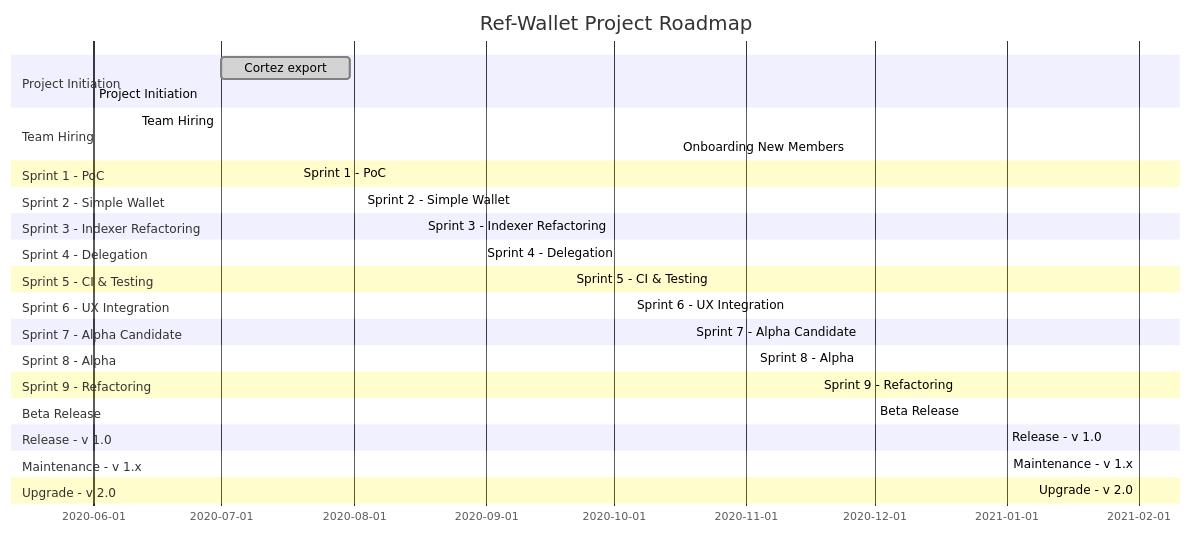
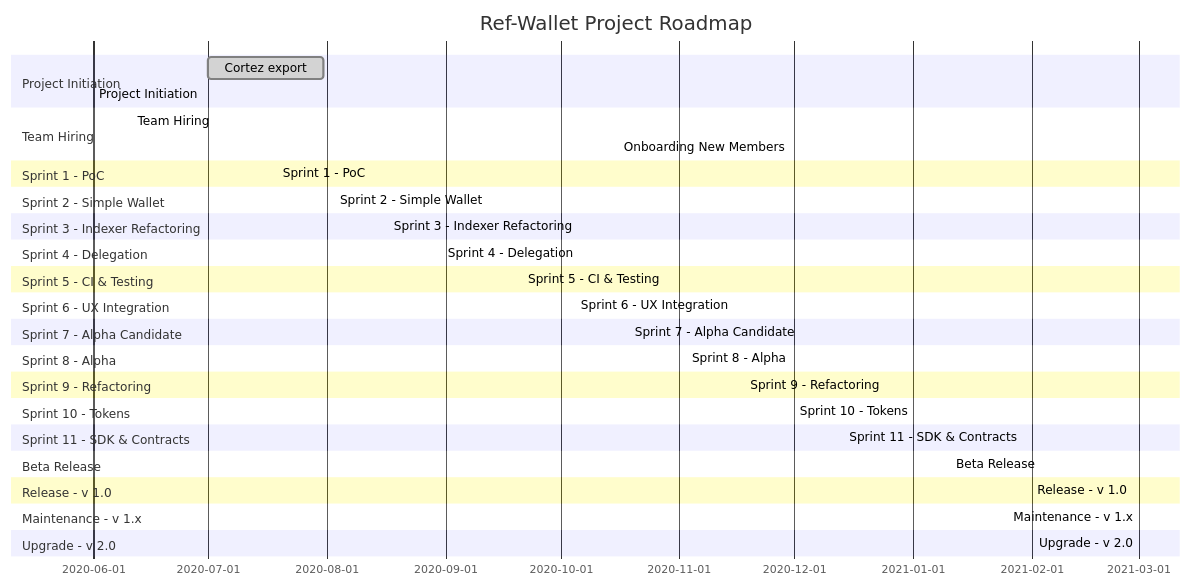
The diagram in docs/operative/project_plan.md (trilitech/umami-v1), drawn with Mermaid before and after one commit. The commit also changed other lines of this file, not shown here.

````diff
--- a/docs/operative/project_plan.md
+++ b/docs/operative/project_plan.md
@@ -35,36 +35,40 @@
 ```mermaid
 gantt
     title Ref-Wallet Project Roadmap
     section Project Initiation
     Cortez export                                     :done  , 2020-07-01 , 30d
     Project Initiation                                :done  , 2020-06-01, 2020-07-13
     section Team Hiring
     Team Hiring                                       :done  , 2020-06-11, 2020-09-01
     Onboarding New Members                            :done  , 2020-10-16, 2020-11-01
     section Sprint 1 - PoC
     Sprint 1 - PoC                                    :done  , 2020-07-19, 2020-07-31
     section Sprint 2 - Simple Wallet
     Sprint 2 - Simple Wallet                          :done  , 2020-08-03, 2020-08-14
     section Sprint 3 - Indexer Refactoring
     Sprint 3 - Indexer Refactoring                    :done  , 2020-08-17, 2020-08-28
     section Sprint 4 - Delegation
     Sprint 4 - Delegation                             :done  , 2020-08-31, 2020-09-18
     section Sprint 5 - CI & Testing
     Sprint 5 - CI & Testing                           :done  , 2020-09-21, 2020-10-02
     section Sprint 6 - UX Integration
     Sprint 6 - UX Integration                         :done  , 2020-10-05, 2020-10-16
     section Sprint 7 - Alpha Candidate
     Sprint 7 - Alpha Candidate                        :done  , 2020-10-19, 2020-10-30
     section Sprint 8 - Alpha
     Sprint 8 - Alpha                                  :done, 2020-11-03, 2020-11-15
     section Sprint 9 - Refactoring
-    Sprint 9 - Refactoring                            :active, 2020-11-18, 2020-11-30
+    Sprint 9 - Refactoring                            :done, 2020-11-18, 2020-11-30
+    section Sprint 10 - Tokens
+    Sprint 10 - Tokens                                :active, 2020-12-01, 2020-12-11
+    section Sprint 11 - SDK & Contracts
+    Sprint 11 - SDK & Contracts                       :active, 2020-12-14, 2021-01-08
     section Beta Release
-    Beta Release                                      :active, 2020-12-01, 2020-12-31
+    Beta Release                                      :active, 2021-01-11, 2021-02-01
     section Release - v 1.0
-    Release - v 1.0                                   :active, 2021-01-01, 2021-02-01
+    Release - v 1.0                                   :active, 2021-02-01, 2021-03-01
     section Maintenance - v 1.x
-    Maintenance - v 1.x                               :active, 2021-02-01, 2021-05-01
+    Maintenance - v 1.x                               :active, 2021-03-01, 2021-06-01
     section Upgrade - v 2.0
-    Upgrade - v 2.0                                   :active, 2021-02-01, 2021-05-01
+    Upgrade - v 2.0                                   :active, 2021-03-01, 2021-06-01
 ```
````
